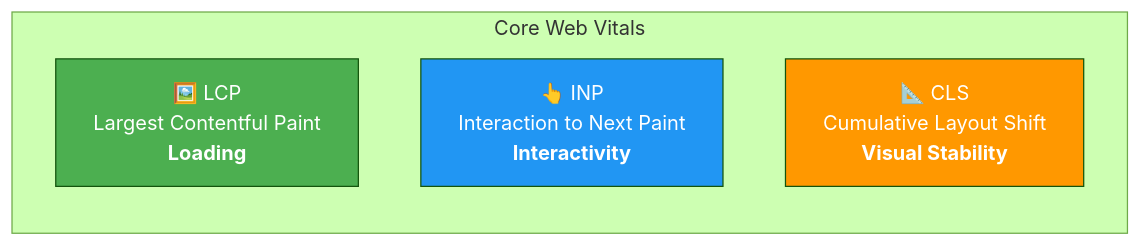
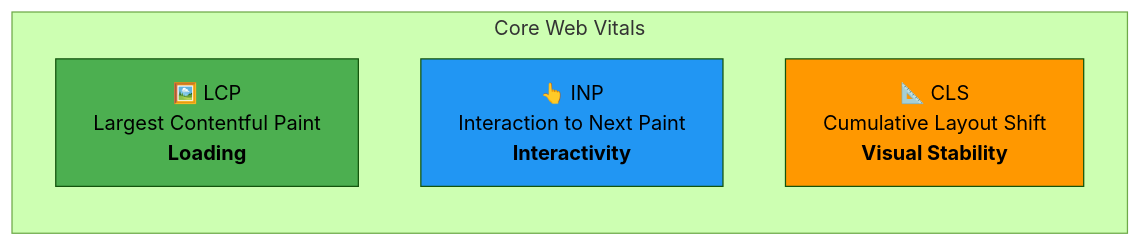
The second of 35 diagrams in readme.md (Anuhyaaa/web-optimization), drawn with Mermaid (forest theme) before and after one commit. The commit also changed other lines of this file and 1 other file, not shown here.

Commit message:
Fix Mermaid diagram text visibility by removing invalid color:white syntax

````diff
--- a/readme.md
+++ b/readme.md
@@ -74,12 +74,12 @@
 ```mermaid
 graph LR
     subgraph Core Web Vitals
         LCP[🖼️ LCP<br/>Largest Contentful Paint<br/><b>Loading</b>]
         INP[👆 INP<br/>Interaction to Next Paint<br/><b>Interactivity</b>]
         CLS[📐 CLS<br/>Cumulative Layout Shift<br/><b>Visual Stability</b>]
     end
     
-    style LCP fill:#4CAF50,color:white
-    style INP fill:#2196F3,color:white
-    style CLS fill:#FF9800,color:white
+    style LCP fill:#4CAF50
+    style INP fill:#2196F3
+    style CLS fill:#FF9800
 ```
````
